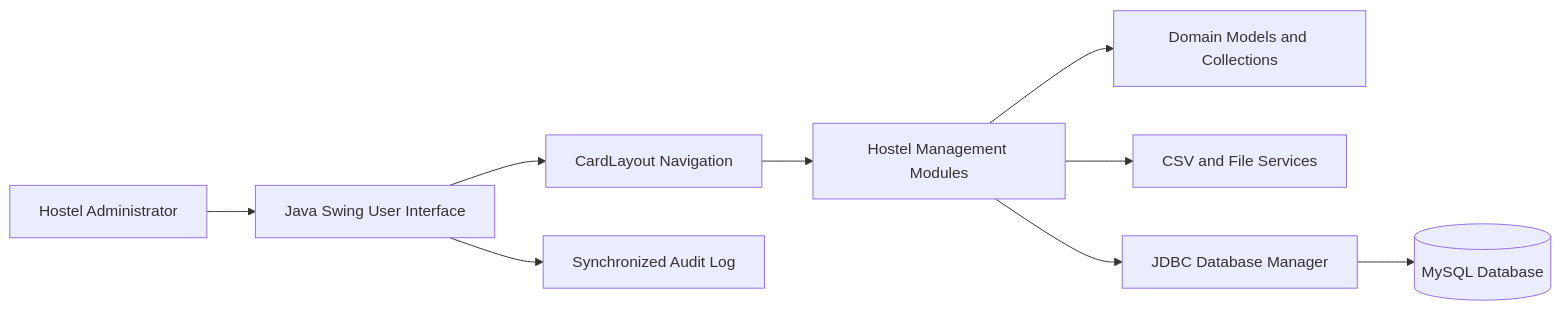
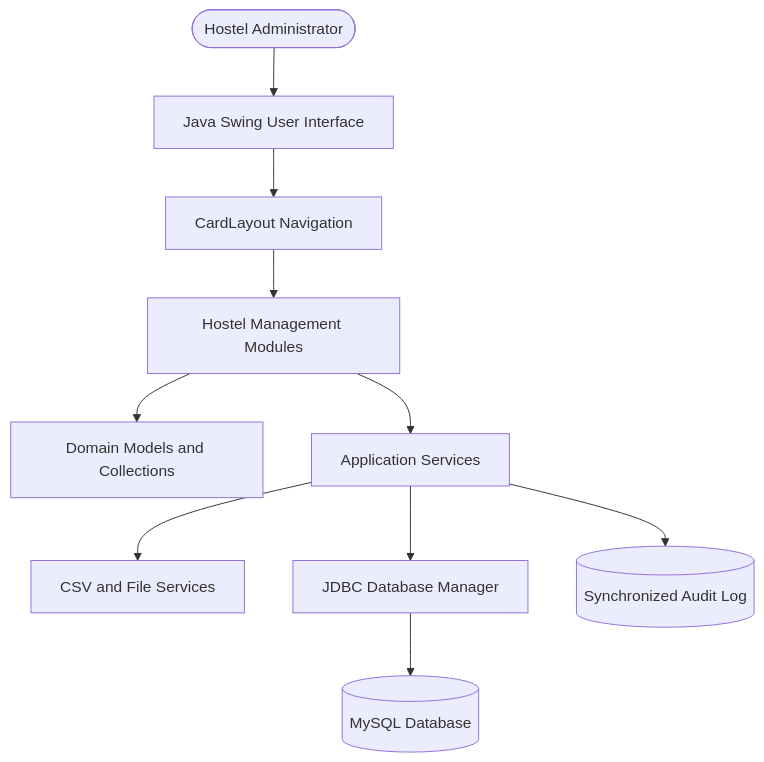
Before and after one commit to prajjwalpandey777/Smart-Hostel-Management-System: the first of 2 diagrams in README.md, drawn with Mermaid. The commit also changed other lines of this file, not shown here.

````diff
--- a/README.md
+++ b/README.md
@@ -104,11 +104,12 @@
 ```mermaid
-flowchart LR
-    U[Hostel Administrator] --> UI[Java Swing User Interface]
+flowchart TD
+    U([Hostel Administrator]) --> UI[Java Swing User Interface]
     UI --> NAV[CardLayout Navigation]
     NAV --> MOD[Hostel Management Modules]
     MOD --> MODEL[Domain Models and Collections]
-    MOD --> FILE[CSV and File Services]
-    MOD --> DB[JDBC Database Manager]
+    MOD --> SERVICE[Application Services]
+    SERVICE --> FILE[CSV and File Services]
+    SERVICE --> DB[JDBC Database Manager]
     DB --> MYSQL[(MySQL Database)]
-    UI --> LOG[Synchronized Audit Log]
+    SERVICE --> LOG[(Synchronized Audit Log)]
 ```
````
